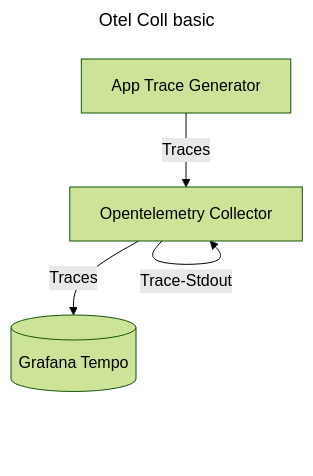
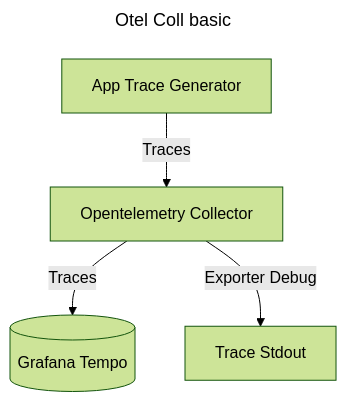
The diagram in opentelemetry-collector/1-basic-only-trace/README.md (EzzioMoreira/otel-coll-lab), drawn with Mermaid (forest theme) before and after one commit.

Commit message:
fix: ajuste diagrama

````diff
--- a/opentelemetry-collector/1-basic-only-trace/README.md
+++ b/opentelemetry-collector/1-basic-only-trace/README.md
@@ -5,11 +5,11 @@
 ```mermaid
 ---
 title: Otel Coll basic
 ---
 
 graph TD
 
 A[App Trace Generator] -->|Traces|B[Opentelemetry Collector]
-B -->|Trace-Stdout|B
 B -->|Traces|C[(Grafana Tempo)]
+B -->|Exporter Debug|D[Trace Stdout]
 ```
````
